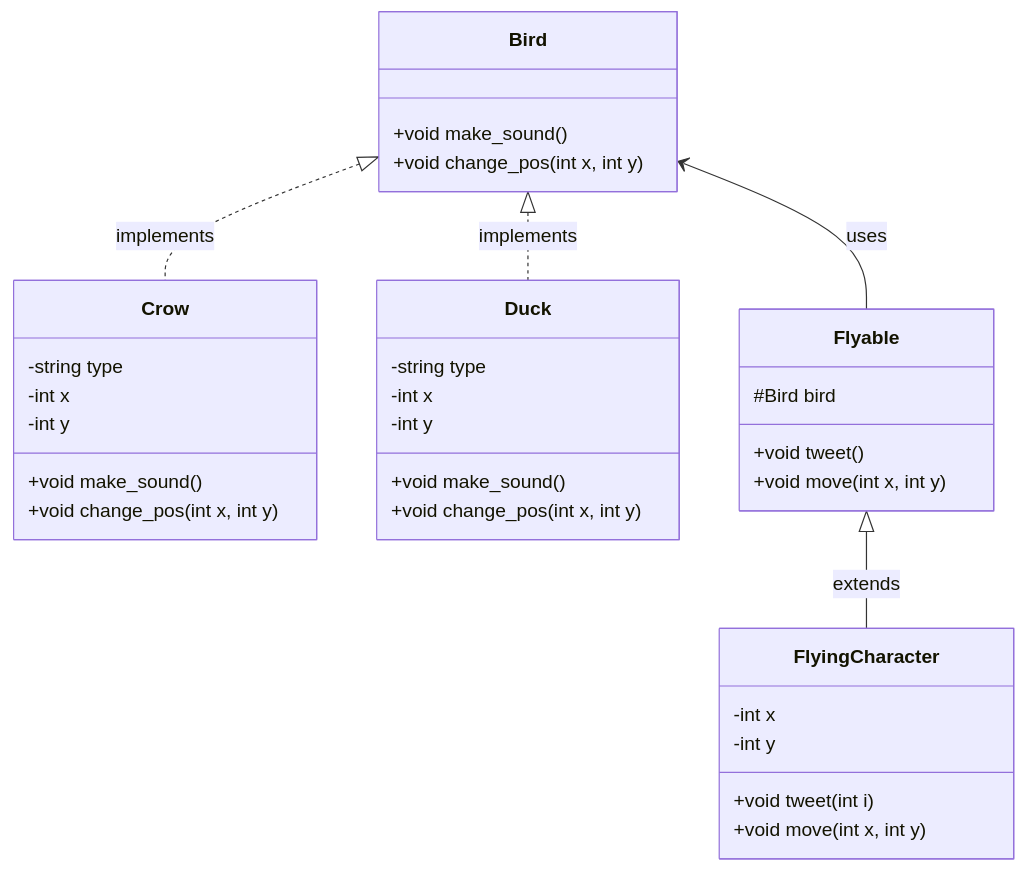
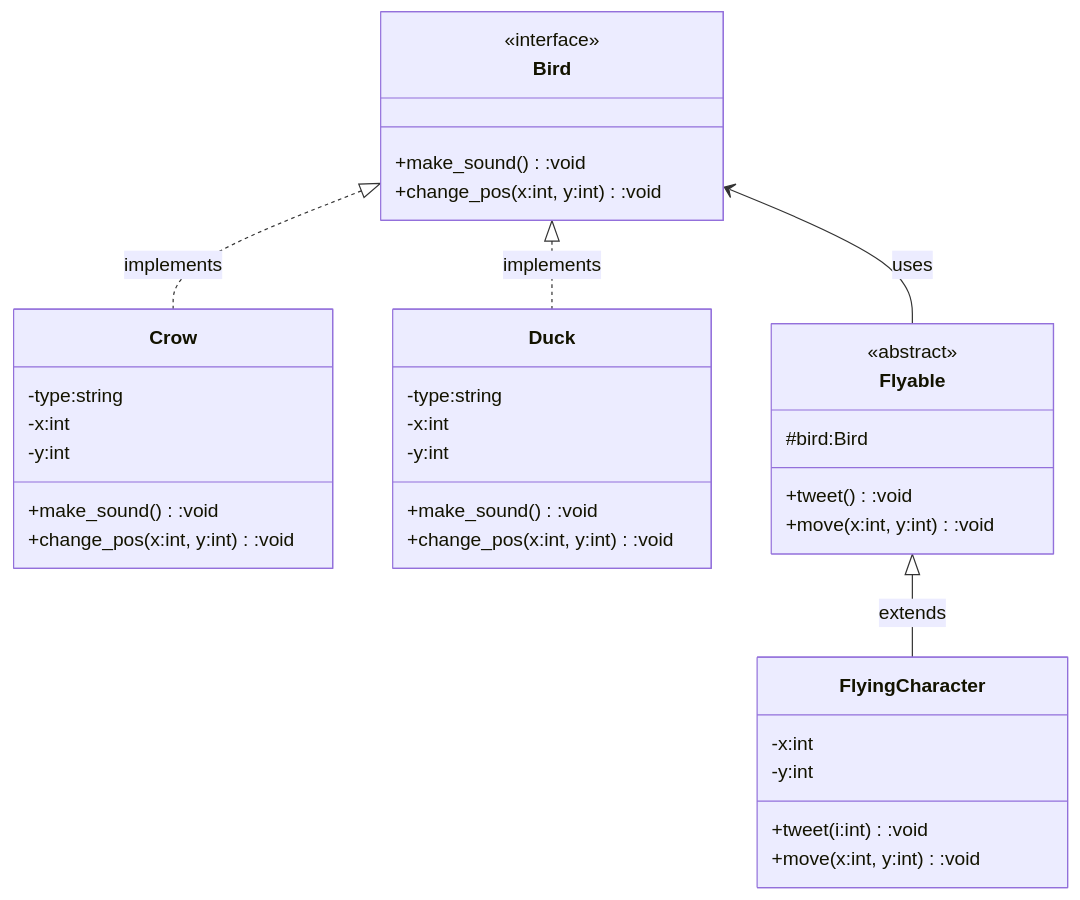
The diagram in Structural/Bridge/README.md (aperlini/Design-Patterns), drawn with Mermaid before and after one commit. The commit also changed 6 other files, not shown here.

Commit message:
structural UML snippets

````diff
--- a/Structural/Bridge/README.md
+++ b/Structural/Bridge/README.md
@@ -5,38 +5,40 @@
 ```mermaid
 classDiagram
 		
       Bird <|.. Crow:implements
       Bird <|.. Duck:implements
       Bird <-- Flyable:uses
       Flyable <|-- FlyingCharacter:extends
 	
       class Bird {
-          +void make_sound()
-          +void change_pos(int x, int y)
+      	  <<interface>>
+          +make_sound():void
+          +change_pos(x:int, y:int):void
       }
       class Crow {
-          +void make_sound()
-          +void change_pos(int x, int y)
-          -string type
-          -int x
-          -int y
+          +make_sound():void
+          +change_pos(x:int, y:int):void
+          -type:string
+          -x:int
+          -y:int
       }
       class Duck {
-          +void make_sound()
-          +void change_pos(int x, int y)
-          -string type
-          -int x
-          -int y
+          +make_sound():void
+          +change_pos(x:int, y:int):void
+          -type:string
+          -x:int
+          -y:int
       }
       class Flyable {
-          +void tweet()
-          +void move(int x, int y)
-          #Bird bird
+      	  <<abstract>>
+          +tweet():void
+          +move(x:int, y:int):void
+          #bird:Bird
       }
       class FlyingCharacter {
-          +void tweet(int i)
-          +void move(int x, int y)
-          -int x
-          -int y
+          +tweet(i:int):void
+          +move(x:int, y:int):void
+          -x:int
+          -y:int
       }
 ```
````
